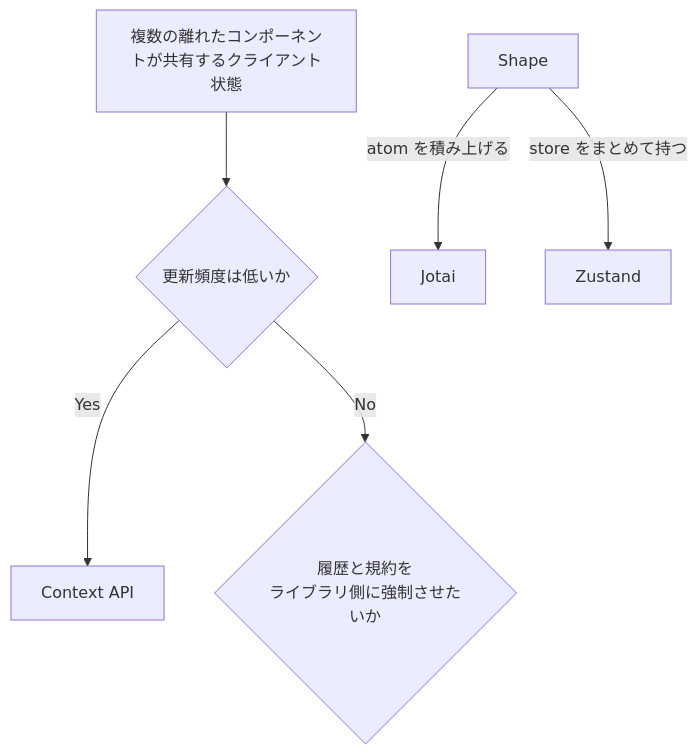
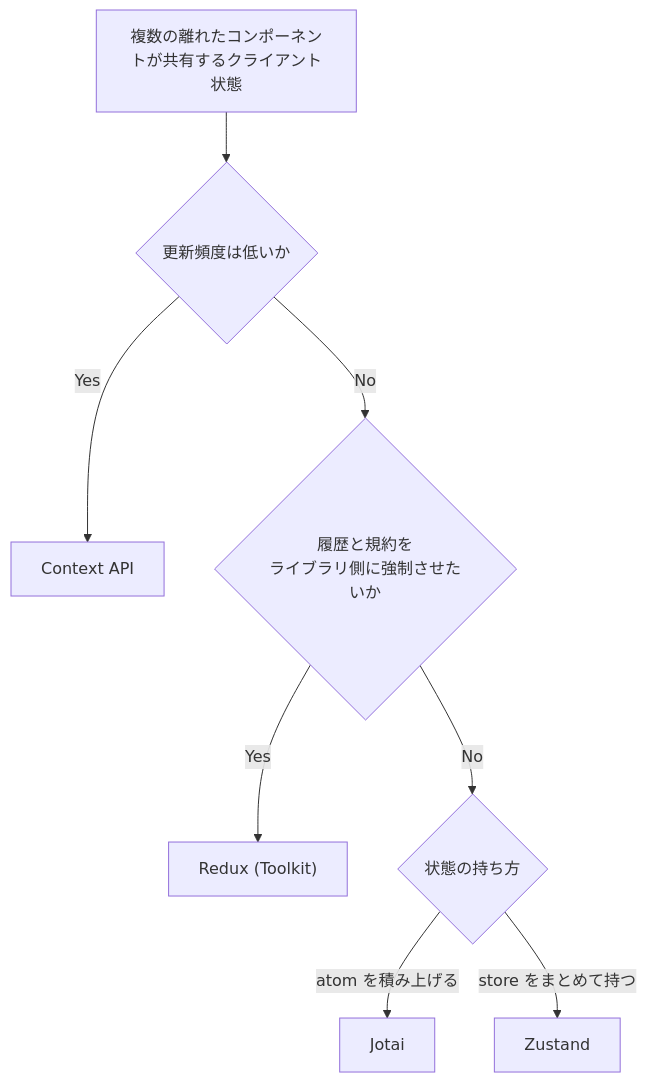
Before and after one commit to kato-yoshiharu/memos: the diagram in memos/frontend/react.js/state-management.md, drawn with Mermaid.

Commit message:
confirmed

````diff
--- a/memos/frontend/react.js/state-management.md
+++ b/memos/frontend/react.js/state-management.md
@@ -87,8 +87,10 @@
 ```mermaid
 flowchart TD
     Start["複数の離れたコンポーネントが共有するクライアント状態"] --> Rare{更新頻度は低いか}
     Rare -->|Yes| Context[Context API]
     Rare -->|No| Force{履歴と規約を<br/>ライブラリ側に強制させたいか}
+    Force -->|Yes| Redux["Redux (Toolkit)"]
+    Force -->|No| Shape{状態の持ち方}
     Shape -->|atom を積み上げる| Jotai[Jotai]
     Shape -->|store をまとめて持つ| Zustand[Zustand]
 ```
````
